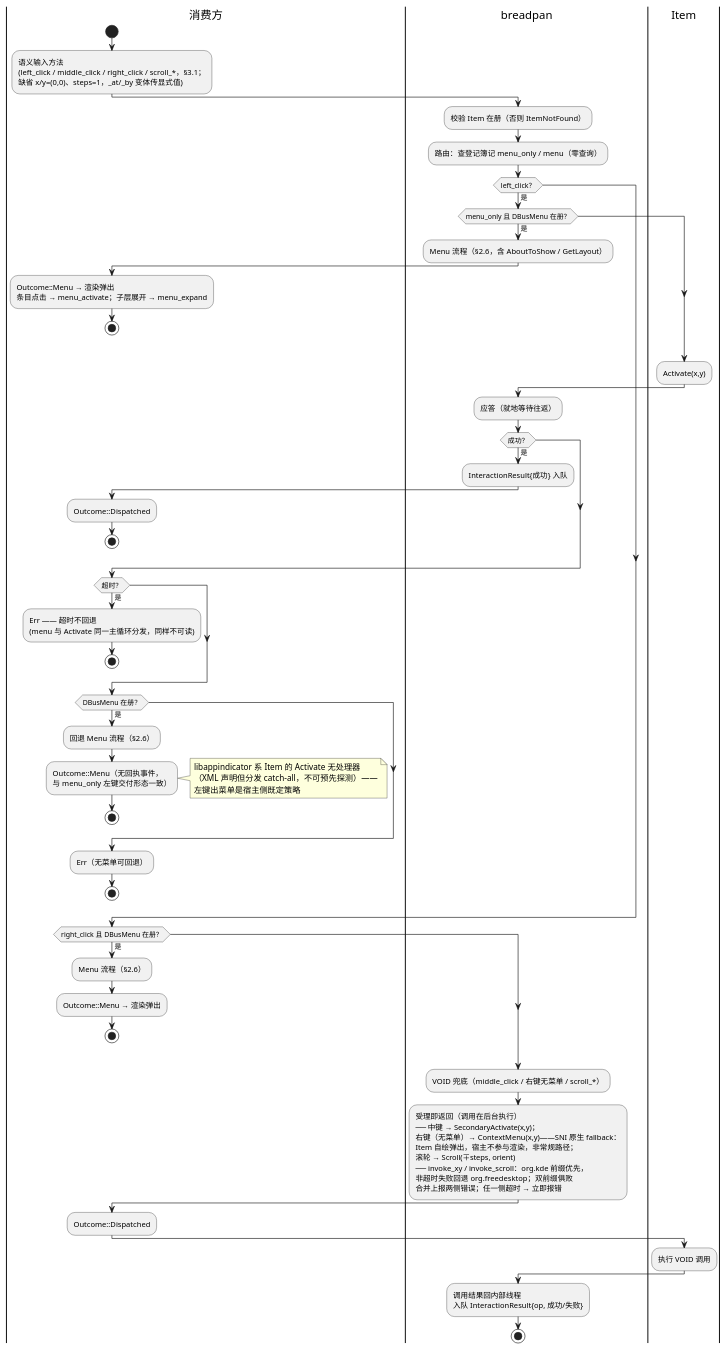
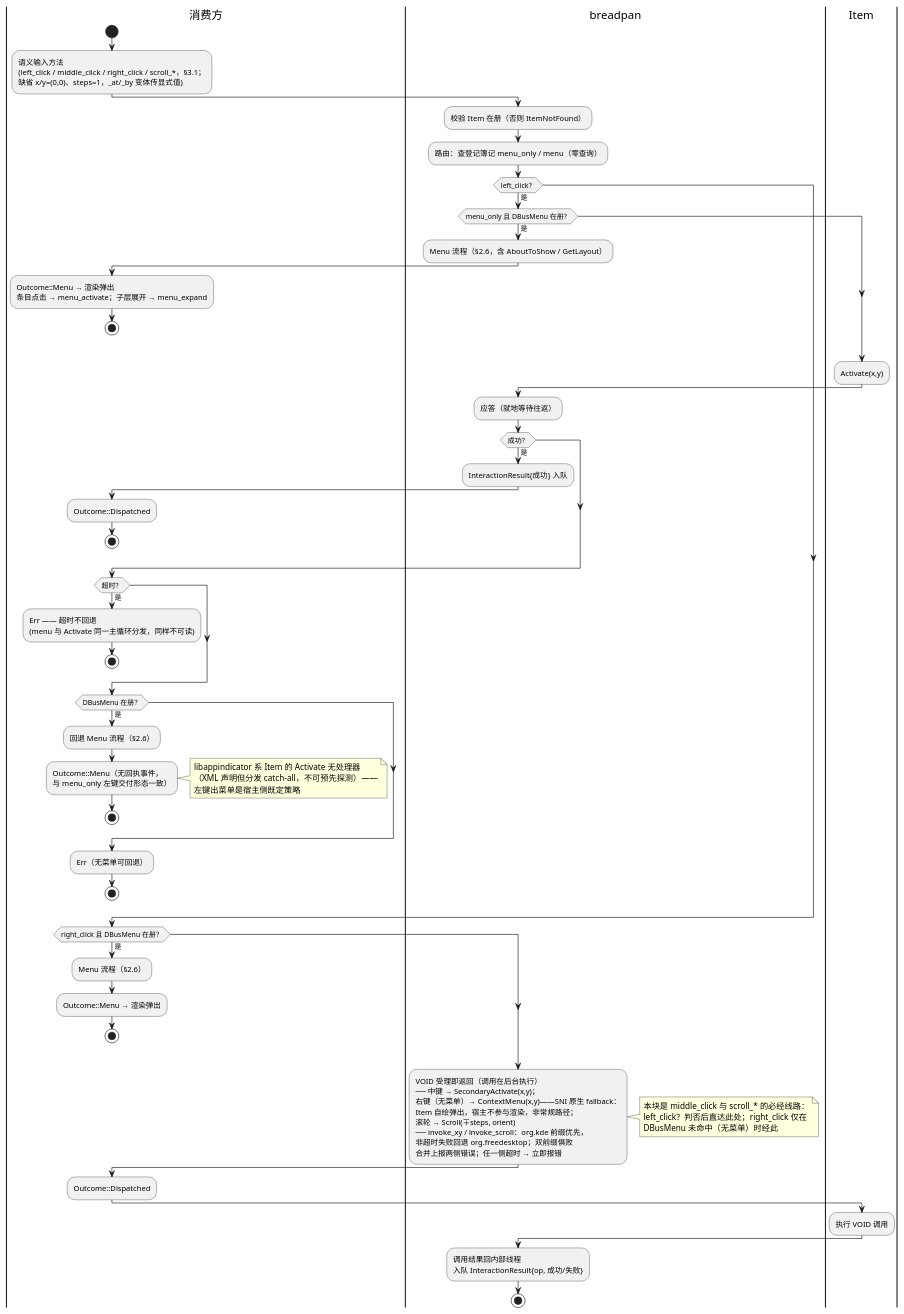
The diagram in diagram/breadpan-input-routing.puml (54m43lJ/BreadKnife), drawn with PlantUML before and after one commit. The commit also changed 1 other file, not shown here.

Commit message:
docs(diagram): §2.7 VOID 兜底动作块改为 comment 注记
'VOID 兜底'着陆块与受理即返回动作语义重复，移除之；
middle_click 与 scroll_* 的线路去向改由挂接的 comment 注记
说明（两次判否后的必经线路）

```diff
--- a/diagram/breadpan-input-routing.puml
+++ b/diagram/breadpan-input-routing.puml
@@ -1,74 +1,78 @@
 @startuml breadpan-input-routing
 |消费方|
 start
 :语义输入方法
 (left_click / middle_click / right_click / scroll_*，§3.1；
 缺省 x/y=(0,0)、steps=1，_at/_by 变体传显式值);
 |breadpan|
 :校验 Item 在册（否则 ItemNotFound）;
 :路由：查登记簿记 menu_only / menu（零查询）;
 if (left_click？) then (是)
   if (menu_only 且 DBusMenu 在册？) then (是)
     :Menu 流程（§2.6，含 AboutToShow / GetLayout）;
     |消费方|
     :Outcome::Menu → 渲染弹出
     条目点击 → menu_activate；子层展开 → menu_expand;
     stop
   endif
   |Item|
   :Activate(x,y);
   |breadpan|
   :应答（就地等待往返）;
   if (成功？) then (是)
     :InteractionResult{成功} 入队;
     |消费方|
     :Outcome::Dispatched;
     stop
   endif
   if (超时？) then (是)
     |消费方|
     :Err —— 超时不回退
     (menu 与 Activate 同一主循环分发，同样不可读);
     stop
   endif
   if (DBusMenu 在册？) then (是)
     :回退 Menu 流程（§2.6）;
     |消费方|
     :Outcome::Menu（无回执事件，
     与 menu_only 左键交付形态一致）;
     note right
       libappindicator 系 Item 的 Activate 无处理器
       （XML 声明但分发 catch-all，不可预先探测）——
       左键出菜单是宿主侧既定策略
     end note
     stop
   endif
   |消费方|
   :Err（无菜单可回退）;
   stop
 endif
 if (right_click 且 DBusMenu 在册？) then (是)
   :Menu 流程（§2.6）;
   |消费方|
   :Outcome::Menu → 渲染弹出;
   stop
 endif
 |breadpan|
-:VOID 兜底（middle_click / 右键无菜单 / scroll_*）;
-:受理即返回（调用在后台执行）
+:VOID 受理即返回（调用在后台执行）
 ── 中键 → SecondaryActivate(x,y)；
 右键（无菜单）→ ContextMenu(x,y)——SNI 原生 fallback：
 Item 自绘弹出，宿主不参与渲染，非常规路径；
 滚轮 → Scroll(∓steps, orient)
 ── invoke_xy / invoke_scroll：org.kde 前缀优先，
 非超时失败回退 org.freedesktop；双前缀俱败
 合并上报两侧错误；任一侧超时 → 立即报错;
+note right
+  本块是 middle_click 与 scroll_* 的必经线路：
+  left_click？判否后直达此处；right_click 仅在
+  DBusMenu 未命中（无菜单）时经此
+end note
 |消费方|
 :Outcome::Dispatched;
 |Item|
 :执行 VOID 调用;
 |breadpan|
 :调用结果回内部线程
 入队 InteractionResult{op, 成功/失败};
 stop
 @enduml
```
